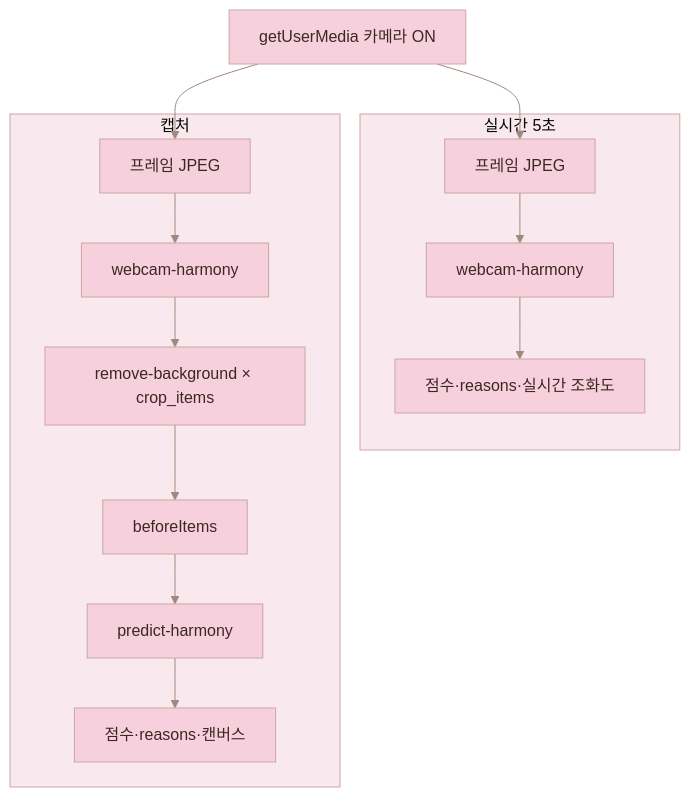
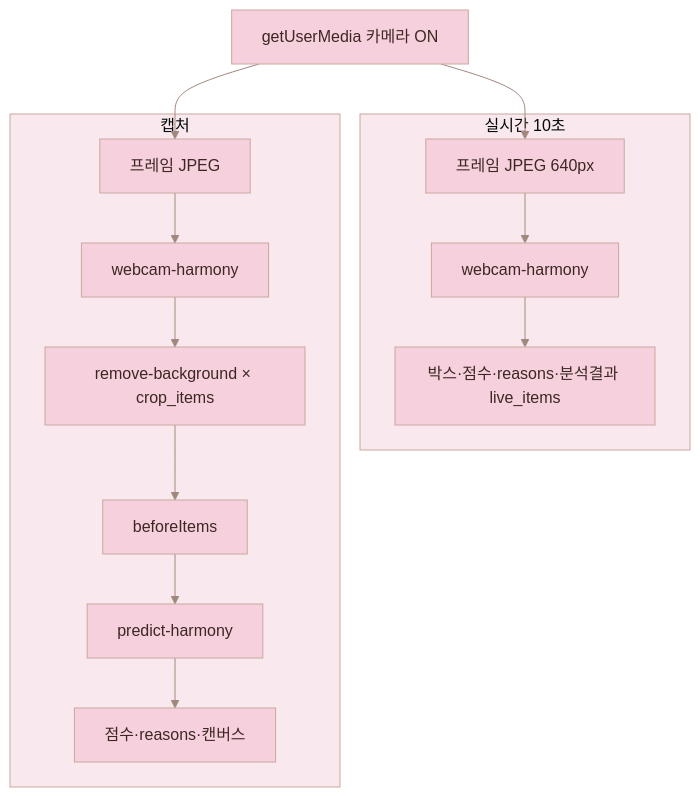
Before and after one commit to jinbaaaaaang/huwari: the sixth of 7 diagrams in README.md, drawn with Mermaid. The commit also changed other lines of this file and 1 other file, not shown here.

````diff
--- a/README.md
+++ b/README.md
@@ -544,20 +545,20 @@
 ```mermaid
 %%{init: {'theme': 'base', 'themeVariables': {'primaryColor':'#F6D1DD','primaryTextColor':'#3E2723','primaryBorderColor':'#C9A8A0','lineColor':'#A1887F','secondaryColor':'#F9E8ED','tertiaryColor':'#FDF5F8','background':'#FDF5F8','mainBkg':'#F6D1DD','clusterBkg':'#F9E8ED','clusterBorder':'#C9A8A0','edgeLabelBackground':'#FDF5F8','fontFamily':'inherit'}}}%%
 flowchart TD
   CAM["getUserMedia 카메라 ON"]
-  subgraph live ["실시간 5초"]
-    FR1["프레임 JPEG"]
+  subgraph live ["실시간 10초"]
+    FR1["프레임 JPEG 640px"]
     WH1["webcam-harmony"]
-    UI1["점수·reasons·실시간 조화도"]
+    UI1["박스·점수·reasons·분석결과 live_items"]
   end
   subgraph cap ["캡처"]
     FR2["프레임 JPEG"]
     WH2["webcam-harmony"]
     RB["remove-background × crop_items"]
     CV["beforeItems"]
     PH["predict-harmony"]
     UI2["점수·reasons·캔버스"]
   end
   CAM --> FR1 --> WH1 --> UI1
   CAM --> FR2 --> WH2 --> RB --> CV --> PH --> UI2
 ```
````
